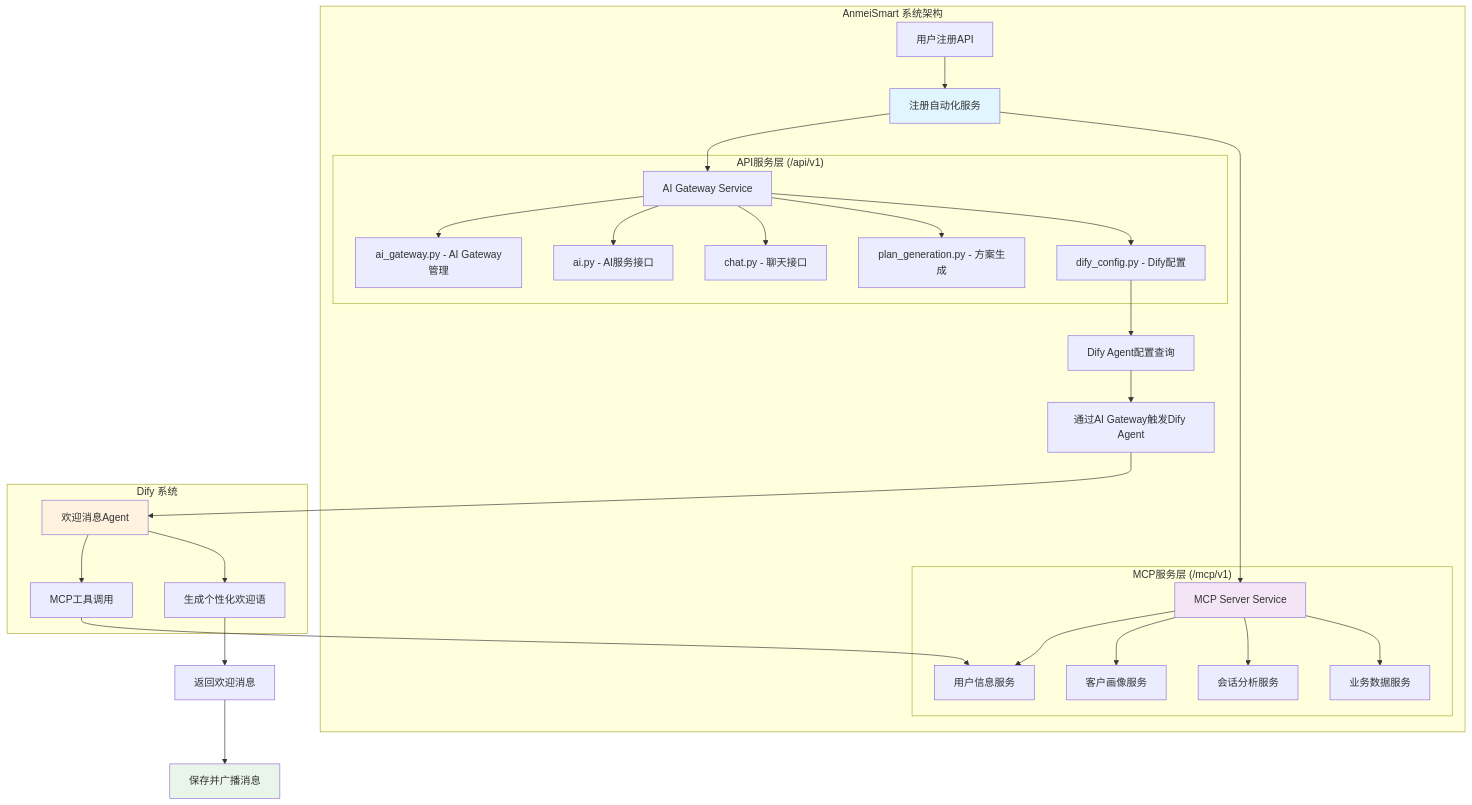
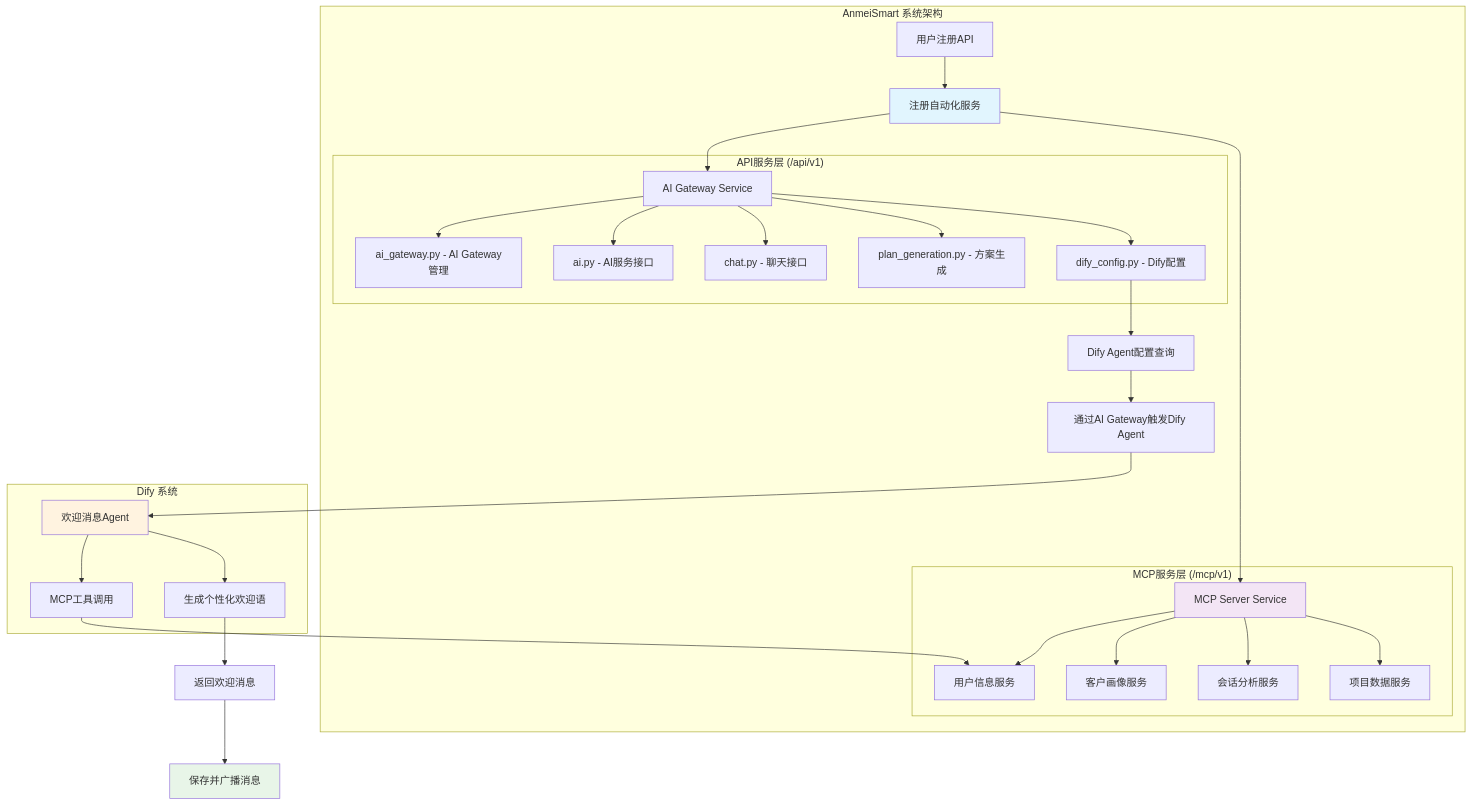
Before and after one commit to maven-gavin/AnmeiSmart: the first of 2 diagrams in docs/user-registration-automation-prd.md, drawn with Mermaid. The commit also changed other lines of this file and 50 other files, not shown here.

Commit message:
Refactor MCP architecture to implement a unified server model with dynamic tool routing. Update API endpoints to support group-based access control and enhance documentation to reflect the new design. Remove deprecated MCP tools and streamline tool registration process for improved maintainability.

````diff
--- a/docs/user-registration-automation-prd.md
+++ b/docs/user-registration-automation-prd.md
@@ -58,41 +58,41 @@
 ```mermaid
 graph TB
     subgraph "AnmeiSmart 系统架构"
         A[用户注册API] --> B[注册自动化服务]
         B --> C[AI Gateway Service]
         B --> D[MCP Server Service]
   
         subgraph "API服务层 (/api/v1)"
             C --> E[ai_gateway.py - AI Gateway管理]
             C --> F[ai.py - AI服务接口]
             C --> G[chat.py - 聊天接口]
             C --> H[plan_generation.py - 方案生成]
             C --> I[dify_config.py - Dify配置]
         end
   
         subgraph "MCP服务层 (/mcp/v1)"
             D --> J[用户信息服务]
             D --> K[客户画像服务]
             D --> L[会话分析服务]
-            D --> M[业务数据服务]
+            D --> M[项目数据服务]
         end
   
         I --> N[Dify Agent配置查询]
         N --> O[通过AI Gateway触发Dify Agent]
     end
   
     subgraph "Dify 系统"
         O --> P[欢迎消息Agent]
         P --> Q[MCP工具调用]
         Q --> J
         P --> R[生成个性化欢迎语]
     end
   
     R --> S[返回欢迎消息]
     S --> T[保存并广播消息]
   
     style B fill:#e1f5fe
     style D fill:#f3e5f5
     style P fill:#fff3e0
     style T fill:#e8f5e8
 ```
````
